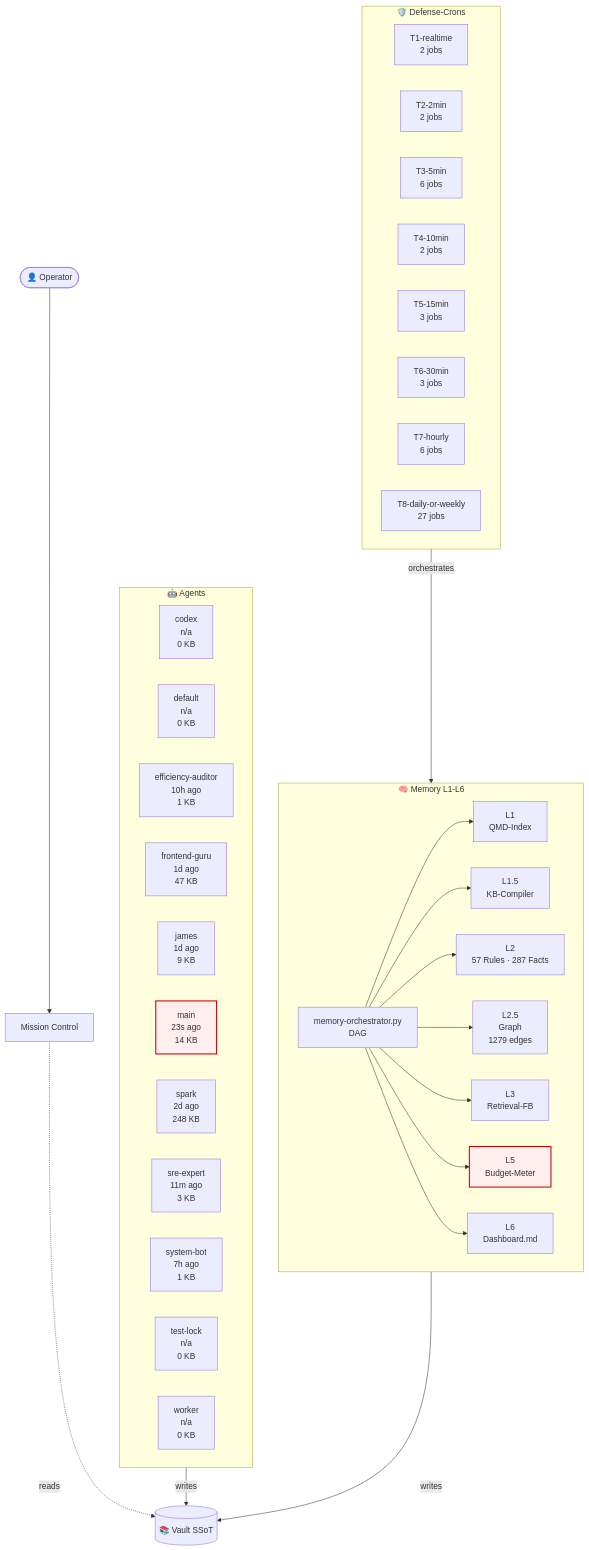
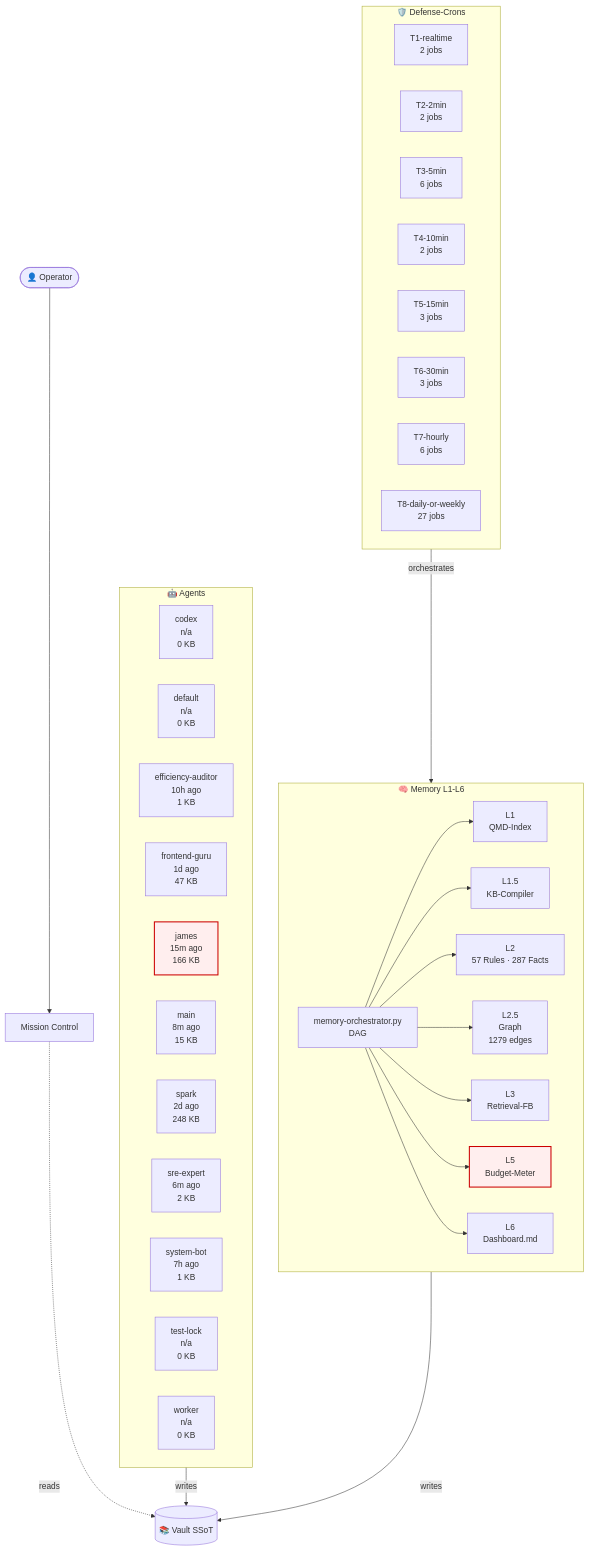
Before and after one commit to lenardhuebner88-rgb/openclaw-memory: the diagram in 03-Agents/architecture-live.md, drawn with Mermaid. The commit also changed other lines of this file and 9 other files, not shown here.

````diff
--- a/03-Agents/architecture-live.md
+++ b/03-Agents/architecture-live.md
@@ -18,54 +18,54 @@
 ```mermaid
 flowchart TB
     classDef critical fill:#fee,stroke:#c00,stroke-width:2px;
     subgraph AGT["🤖 Agents"]
         agent_codex["codex<br/>n/a<br/>0 KB"]
         agent_default["default<br/>n/a<br/>0 KB"]
         agent_efficiency_auditor["efficiency-auditor<br/>10h ago<br/>1 KB"]
         agent_frontend_guru["frontend-guru<br/>1d ago<br/>47 KB"]
-        agent_james["james<br/>1d ago<br/>9 KB"]
-        agent_main["main<br/>23s ago<br/>14 KB"]
+        agent_james["james<br/>15m ago<br/>166 KB"]
+        agent_main["main<br/>8m ago<br/>15 KB"]
         agent_spark["spark<br/>2d ago<br/>248 KB"]
-        agent_sre_expert["sre-expert<br/>11m ago<br/>3 KB"]
+        agent_sre_expert["sre-expert<br/>6m ago<br/>2 KB"]
         agent_system_bot["system-bot<br/>7h ago<br/>1 KB"]
         agent_test_lock["test-lock<br/>n/a<br/>0 KB"]
         agent_worker["worker<br/>n/a<br/>0 KB"]
     end
     subgraph MEM["🧠 Memory L1-L6"]
         L1["L1<br/>QMD-Index"]
         L15["L1.5<br/>KB-Compiler"]
         L2["L2<br/>57 Rules · 287 Facts"]
         L25["L2.5<br/>Graph<br/>1279 edges"]
         L3["L3<br/>Retrieval-FB"]
         L5["L5<br/>Budget-Meter"]
         L6["L6<br/>Dashboard.md"]
         ORCH["memory-orchestrator.py<br/>DAG"]
     end
     subgraph CRN["🛡️ Defense-Crons"]
         tier_T1_realtime["T1-realtime<br/>2 jobs"]
         tier_T2_2min["T2-2min<br/>2 jobs"]
         tier_T3_5min["T3-5min<br/>6 jobs"]
         tier_T4_10min["T4-10min<br/>2 jobs"]
         tier_T5_15min["T5-15min<br/>3 jobs"]
         tier_T6_30min["T6-30min<br/>3 jobs"]
         tier_T7_hourly["T7-hourly<br/>6 jobs"]
         tier_T8_daily_or_weekly["T8-daily-or-weekly<br/>27 jobs"]
     end
     VAULT[("📚 Vault SSoT")]
     OP([👤 Operator])
     MC["Mission Control"]
     OP --> MC
     MC -.reads.-> VAULT
     AGT -->|writes| VAULT
     MEM -->|writes| VAULT
     ORCH --> L1
     ORCH --> L15
     ORCH --> L2
     ORCH --> L25
     ORCH --> L3
     ORCH --> L5
     ORCH --> L6
     CRN -->|orchestrates| MEM
     class L5 critical
-    class agent_main critical
+    class agent_james critical
 ```
````
